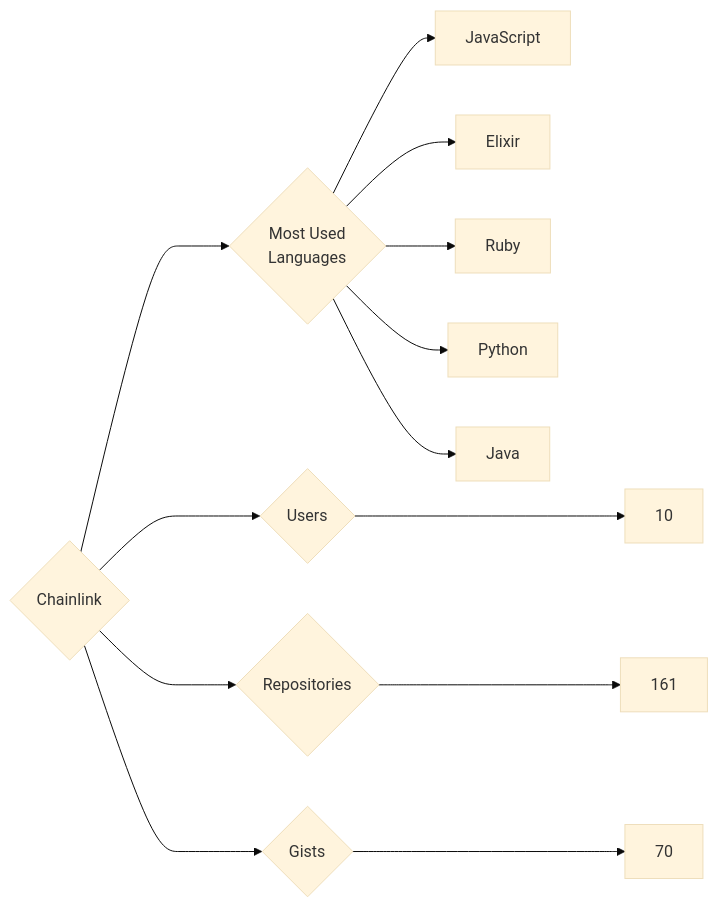
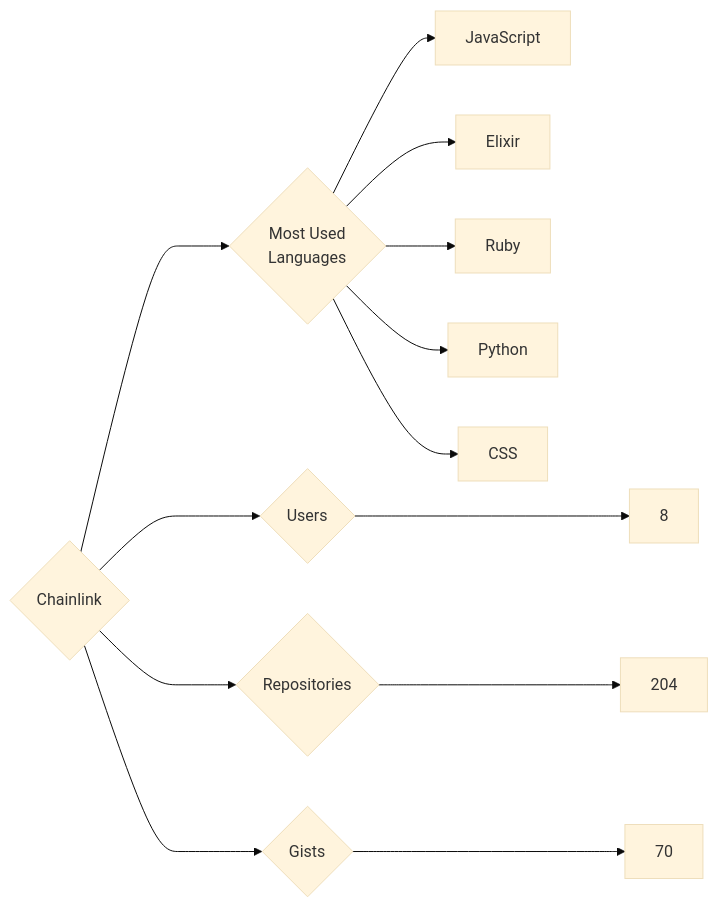
The diagram in targets/Chainlink/README.md (trickest/insiders), drawn with Mermaid (base theme) before and after one commit. The commit also changed 1123 other files, not shown here.

````diff
--- a/targets/Chainlink/README.md
+++ b/targets/Chainlink/README.md
@@ -3,13 +3,13 @@
 ```mermaid
 graph LR
 COMPANY_NAME{Chainlink}
-COMPANY_NAME ---> U{Users} ---> UN[10]
-COMPANY_NAME ---> R{Repositories} ---> RN[161]
+COMPANY_NAME ---> U{Users} ---> UN[8]
+COMPANY_NAME ---> R{Repositories} ---> RN[204]
 COMPANY_NAME ---> G{Gists} ---> GN[70]
 COMPANY_NAME ---> ML{Most Used<br>Languages}
 ML --> JavaScript[JavaScript]
 ML --> Elixir[Elixir]
 ML --> Ruby[Ruby]
 ML --> Python[Python]
-ML --> Java[Java]
+ML --> CSS[CSS]
 ```
````
